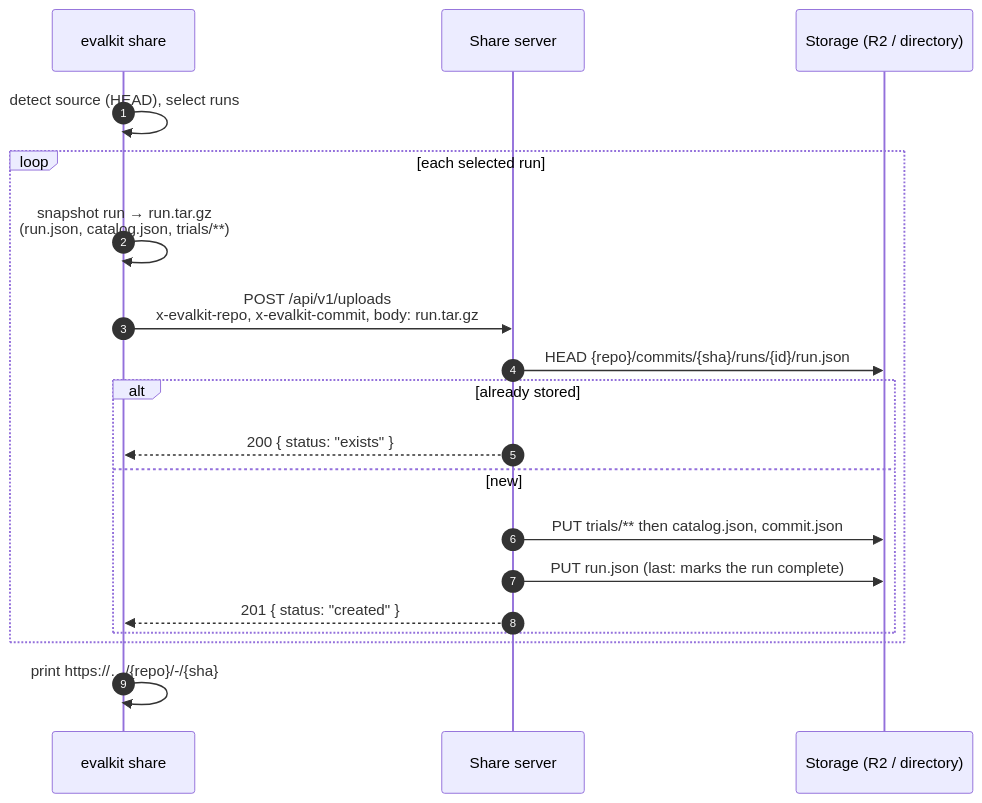
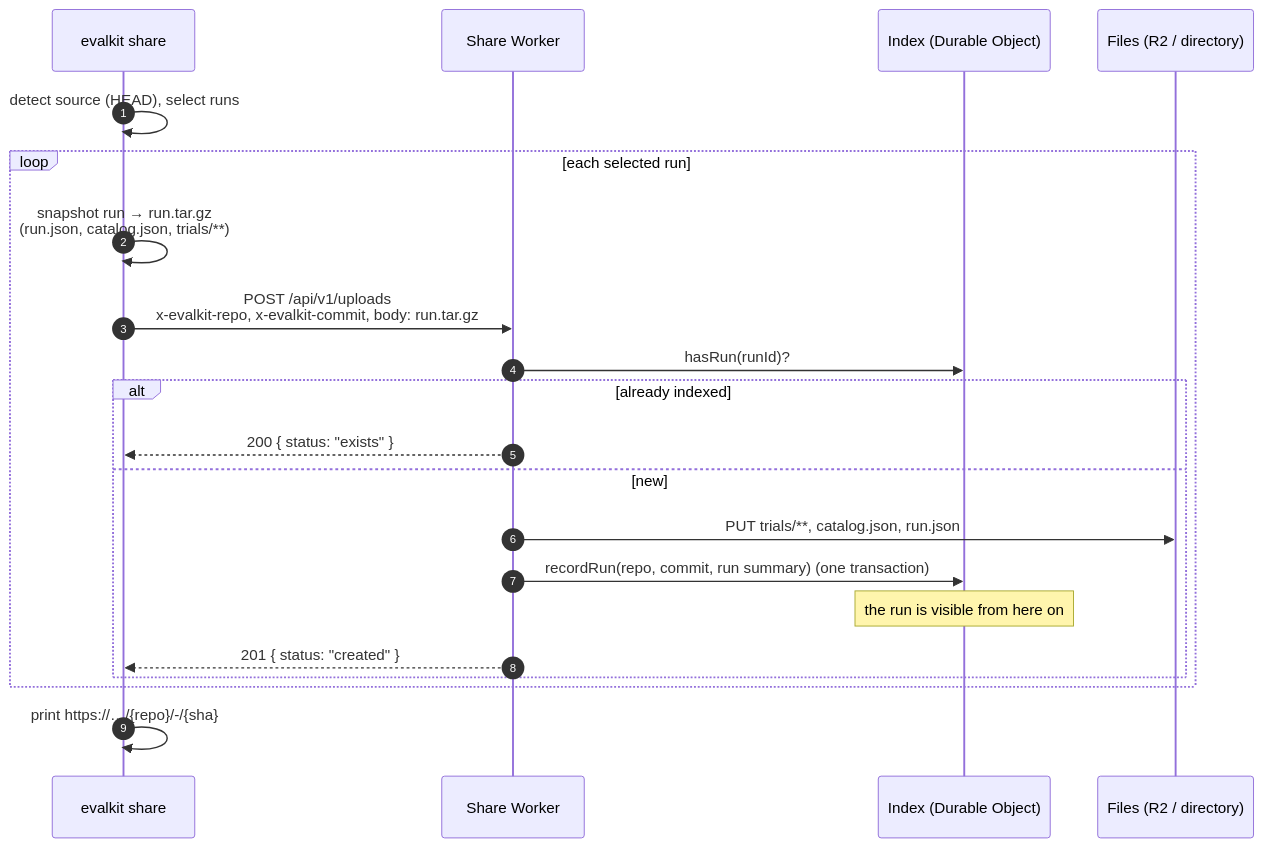
The fourth of 9 diagrams in docs/rfds/RFD0006-commit-provenance-and-share-server.md (leostera/evalkit), drawn with Mermaid before and after one commit. The commit also changed other lines of this file, not shown here.

First line of the commit message:
docs(rfd): RFD0006 index share metadata in a Durable Object

````diff
--- a/docs/rfds/RFD0006-commit-provenance-and-share-server.md
+++ b/docs/rfds/RFD0006-commit-provenance-and-share-server.md
@@ -188,21 +191,23 @@
 ```mermaid
 sequenceDiagram
   autonumber
   participant CLI as evalkit share
-  participant S as Share server
-  participant B as Storage (R2 / directory)
+  participant S as Share Worker
+  participant I as Index (Durable Object)
+  participant B as Files (R2 / directory)
   CLI->>CLI: detect source (HEAD), select runs
   loop each selected run
     CLI->>CLI: snapshot run → run.tar.gz<br/>(run.json, catalog.json, trials/**)
     CLI->>S: POST /api/v1/uploads<br/>x-evalkit-repo, x-evalkit-commit, body: run.tar.gz
-    S->>B: HEAD {repo}/commits/{sha}/runs/{id}/run.json
-    alt already stored
+    S->>I: hasRun(runId)?
+    alt already indexed
       S-->>CLI: 200 { status: "exists" }
     else new
-      S->>B: PUT trials/** then catalog.json, commit.json
-      S->>B: PUT run.json   (last: marks the run complete)
+      S->>B: PUT trials/**, catalog.json, run.json
+      S->>I: recordRun(repo, commit, run summary)  (one transaction)
+      Note over I: the run is visible from here on
       S-->>CLI: 201 { status: "created" }
     end
   end
   CLI->>CLI: print https://…/{repo}/-/{sha}
 ```
````
